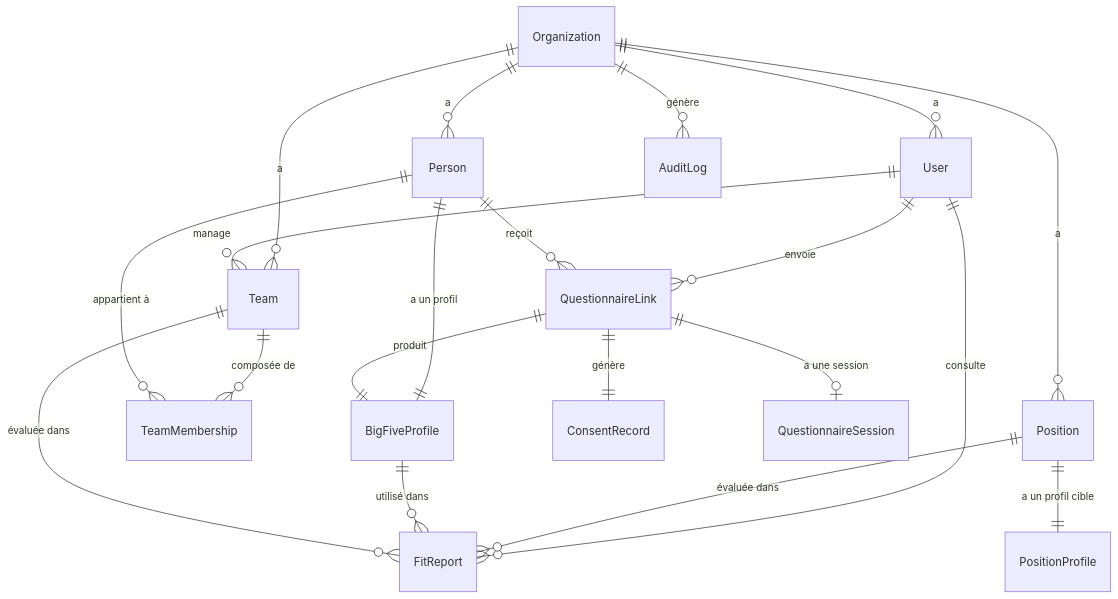
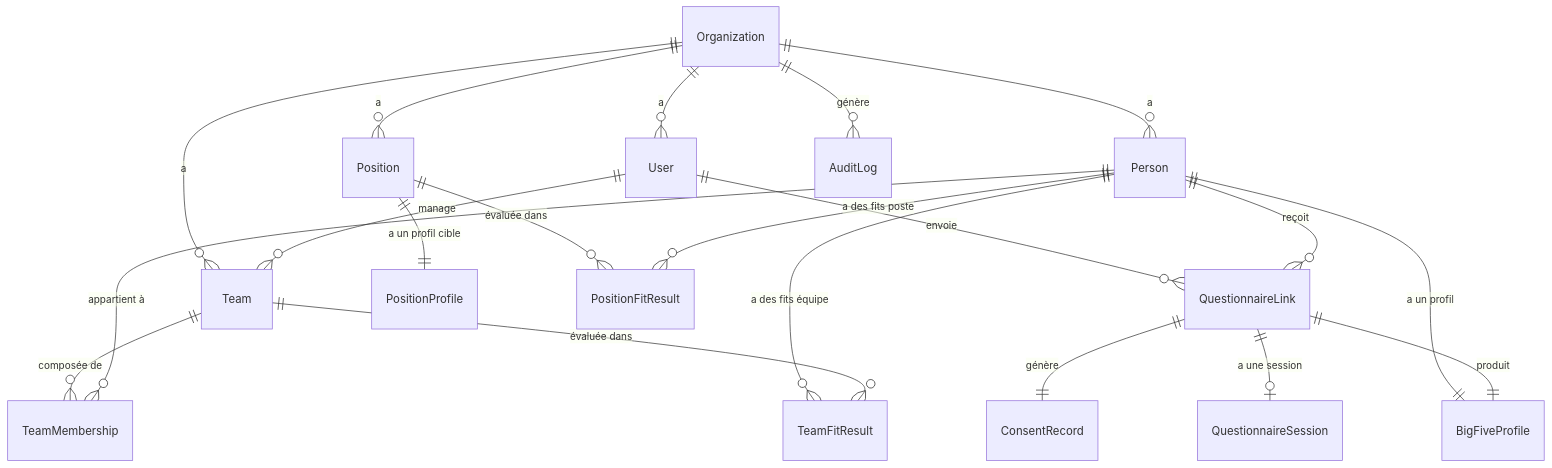
Before and after one commit to adams43360/FitRadarHR: the diagram in docs/technical/schema.md, drawn with Mermaid. The commit also changed other lines of this file and 2 other files, not shown here.

First line of the commit message:
refactor: suppression du modèle FitReport (code mort)

````diff
--- a/docs/technical/schema.md
+++ b/docs/technical/schema.md
@@ -10,30 +10,30 @@
 ```mermaid
 erDiagram
 
     Organization ||--o{ User : "a"
     Organization ||--o{ Position : "a"
     Organization ||--o{ Team : "a"
     Organization ||--o{ Person : "a"
     Organization ||--o{ AuditLog : "génère"
 
     User ||--o{ Team : "manage"
     User ||--o{ QuestionnaireLink : "envoie"
-    User ||--o{ FitReport : "consulte"
 
     Position ||--|| PositionProfile : "a un profil cible"
-    Position ||--o{ FitReport : "évaluée dans"
+    Position ||--o{ PositionFitResult : "évaluée dans"
 
     Team ||--o{ TeamMembership : "composée de"
     Person ||--o{ TeamMembership : "appartient à"
 
     Person ||--o{ QuestionnaireLink : "reçoit"
     Person ||--|| BigFiveProfile : "a un profil"
 
     QuestionnaireLink ||--|| ConsentRecord : "génère"
     QuestionnaireLink ||--o| QuestionnaireSession : "a une session"
     QuestionnaireLink ||--|| BigFiveProfile : "produit"
 
-    BigFiveProfile ||--o{ FitReport : "utilisé dans"
+    Person ||--o{ PositionFitResult : "a des fits poste"
+    Person ||--o{ TeamFitResult : "a des fits équipe"
 
-    Team ||--o{ FitReport : "évaluée dans"
+    Team ||--o{ TeamFitResult : "évaluée dans"
 ```
````
